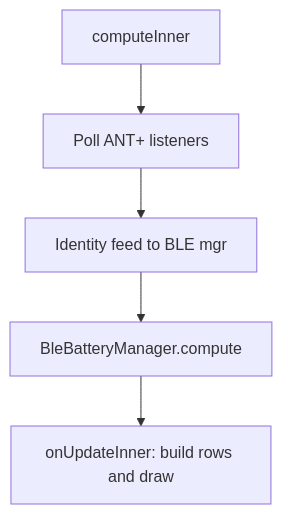
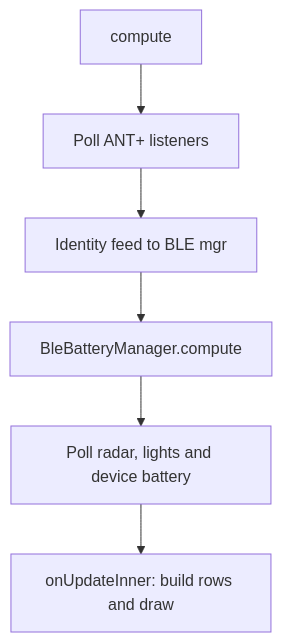
The first of 3 diagrams in docs/specs.md (gastoner/SensorBattery), drawn with Mermaid before and after one commit. The commit also changed other lines of this file and 7 other files, not shown here.

````diff
--- a/docs/specs.md
+++ b/docs/specs.md
@@ -33,7 +33,8 @@
 ```mermaid
 flowchart TD
-  compute[computeInner] --> ant[Poll ANT+ listeners]
+  compute[compute] --> ant[Poll ANT+ listeners]
   ant --> bleFeed[Identity feed to BLE mgr]
   bleFeed --> bleTick[BleBatteryManager.compute]
-  bleTick --> onUpdate[onUpdateInner: build rows and draw]
+  bleTick --> lights[Poll radar, lights and device battery]
+  lights --> onUpdate[onUpdateInner: build rows and draw]
 ```
````
